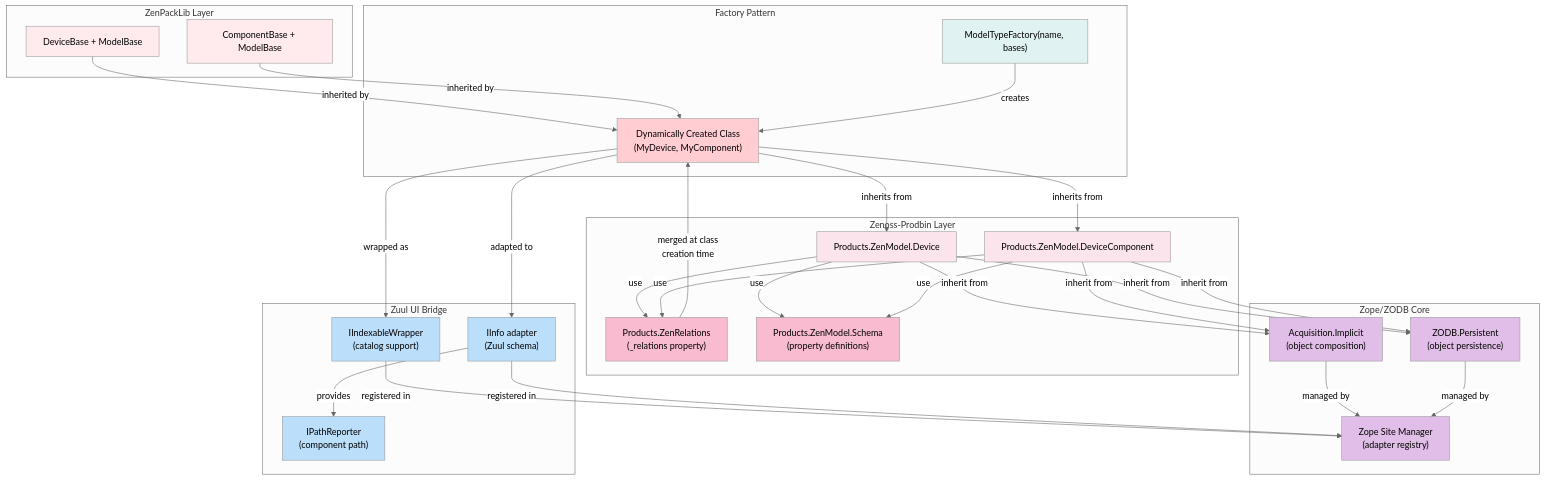
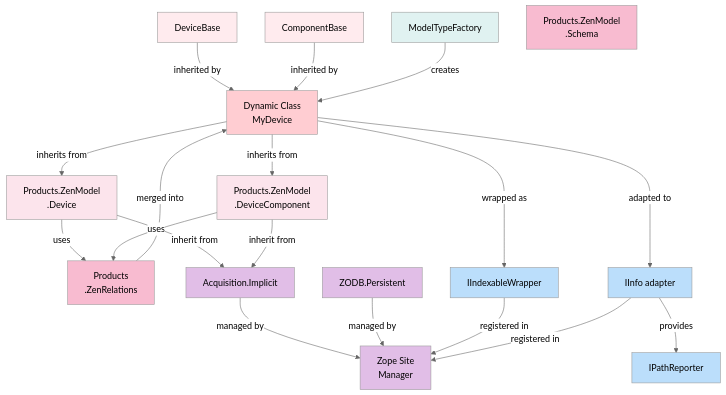
The seventh of 7 diagrams in ARCHITECTURE_AND_REVERSE_ENGINEERING.md (lundybernard/ZenPacks.zenoss.ZenPackLib), drawn with Mermaid (neutral theme) before and after one commit. The commit also changed other lines of this file, not shown here.

Commit message:
Refactor mermaid diagrams for clarity and consistency in architecture documentation

````diff
--- a/ARCHITECTURE_AND_REVERSE_ENGINEERING.md
+++ b/ARCHITECTURE_AND_REVERSE_ENGINEERING.md
@@ -716,64 +691,50 @@
 ```mermaid
 graph TB
-    subgraph "ZenPackLib Layer"
-        DEVBASE["DeviceBase + ModelBase"]
-        COMPBASE["ComponentBase + ModelBase"]
-    end
-
-    subgraph "Factory Pattern"
-        FACTORY["ModelTypeFactory(name, bases)"]
-        DYNCLASS["Dynamically Created Class<br/>(MyDevice, MyComponent)"]
-    end
-
-    subgraph "Zenoss-Prodbin Layer"
-        PRODEVICE["Products.ZenModel.Device"]
-        PRODCOMP["Products.ZenModel.DeviceComponent"]
-        RELATIONS["Products.ZenRelations<br/>(_relations property)"]
-        SCHEMA["Products.ZenModel.Schema<br/>(property definitions)"]
-    end
-
-    subgraph "Zope/ZODB Core"
-        ACQUISITION["Acquisition.Implicit<br/>(object composition)"]
-        PERSISTENT["ZODB.Persistent<br/>(object persistence)"]
-        OSM["Zope Site Manager<br/>(adapter registry)"]
-    end
-
-    subgraph "Zuul UI Bridge"
-        INDEXABLE["IIndexableWrapper<br/>(catalog support)"]
-        INFOADAPTER["IInfo adapter<br/>(Zuul schema)"]
-        PATHREPORT["IPathReporter<br/>(component path)"]
-    end
+    DEVBASE["DeviceBase"]
+    COMPBASE["ComponentBase"]
+    FACTORY["ModelTypeFactory"]
+    DYNCLASS["Dynamic Class<br/>MyDevice"]
+    PRODEVICE["Products.ZenModel<br/>.Device"]
+    PRODCOMP["Products.ZenModel<br/>.DeviceComponent"]
+    RELATIONS["Products<br/>.ZenRelations"]
+    SCHEMA["Products.ZenModel<br/>.Schema"]
+    ACQUISITION["Acquisition.Implicit"]
+    PERSISTENT["ZODB.Persistent"]
+    OSM["Zope Site<br/>Manager"]
+    INDEXABLE["IIndexableWrapper"]
+    INFOADAPTER["IInfo adapter"]
+    PATHREPORT["IPathReporter"]
 
     DEVBASE -->|inherited by| DYNCLASS
     COMPBASE -->|inherited by| DYNCLASS
     FACTORY -->|creates| DYNCLASS
-
-    DYNCLASS -->|inherits from| PRODEVICE & PRODCOMP
-    PRODEVICE & PRODCOMP -->|use| RELATIONS & SCHEMA
-    RELATIONS -->|merged at class<br/>creation time| DYNCLASS
-
-    PRODEVICE & PRODCOMP -->|inherit from| ACQUISITION & PERSISTENT
-    ACQUISITION & PERSISTENT -->|managed by| OSM
-
+    DYNCLASS -->|inherits from| PRODEVICE
+    DYNCLASS -->|inherits from| PRODCOMP
+    PRODEVICE -->|uses| RELATIONS
+    PRODCOMP -->|uses| RELATIONS
+    RELATIONS -->|merged into| DYNCLASS
+    PRODEVICE -->|inherit from| ACQUISITION
+    PRODCOMP -->|inherit from| ACQUISITION
+    ACQUISITION -->|managed by| OSM
+    PERSISTENT -->|managed by| OSM
     DYNCLASS -->|wrapped as| INDEXABLE
     INDEXABLE -->|registered in| OSM
-
     DYNCLASS -->|adapted to| INFOADAPTER
     INFOADAPTER -->|provides| PATHREPORT
     INFOADAPTER -->|registered in| OSM
 
     style DEVBASE fill:#ffebee
     style COMPBASE fill:#ffebee
     style FACTORY fill:#e0f2f1
     style DYNCLASS fill:#ffcdd2
     style PRODEVICE fill:#fce4ec
     style PRODCOMP fill:#fce4ec
     style RELATIONS fill:#f8bbd0
     style SCHEMA fill:#f8bbd0
     style ACQUISITION fill:#e1bee7
     style PERSISTENT fill:#e1bee7
     style OSM fill:#e1bee7
     style INDEXABLE fill:#bbdefb
     style INFOADAPTER fill:#bbdefb
     style PATHREPORT fill:#bbdefb
 ```
````
